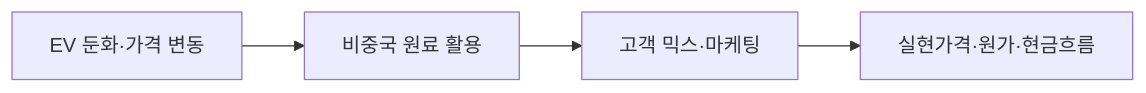
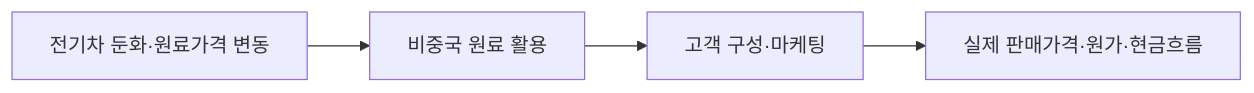
Before and after one commit to arik1988/posco-market-sensing-wiki: the diagram in market-sensing-wiki/signals/SIG-EFCFCCCC5A58.md, drawn with Mermaid. The commit also changed other lines of this file and 143 other files, not shown here.

````diff
--- a/market-sensing-wiki/signals/SIG-EFCFCCCC5A58.md
+++ b/market-sensing-wiki/signals/SIG-EFCFCCCC5A58.md
@@ -47,6 +49,6 @@
 ```mermaid
 flowchart LR
- A[EV 둔화·가격 변동] --> B[비중국 원료 활용]
- B --> C[고객 믹스·마케팅]
- C --> D[실현가격·원가·현금흐름]
+ A[전기차 둔화·원료가격 변동] --> B[비중국 원료 활용]
+ B --> C[고객 구성·마케팅]
+ C --> D[실제 판매가격·원가·현금흐름]
 ```
````
